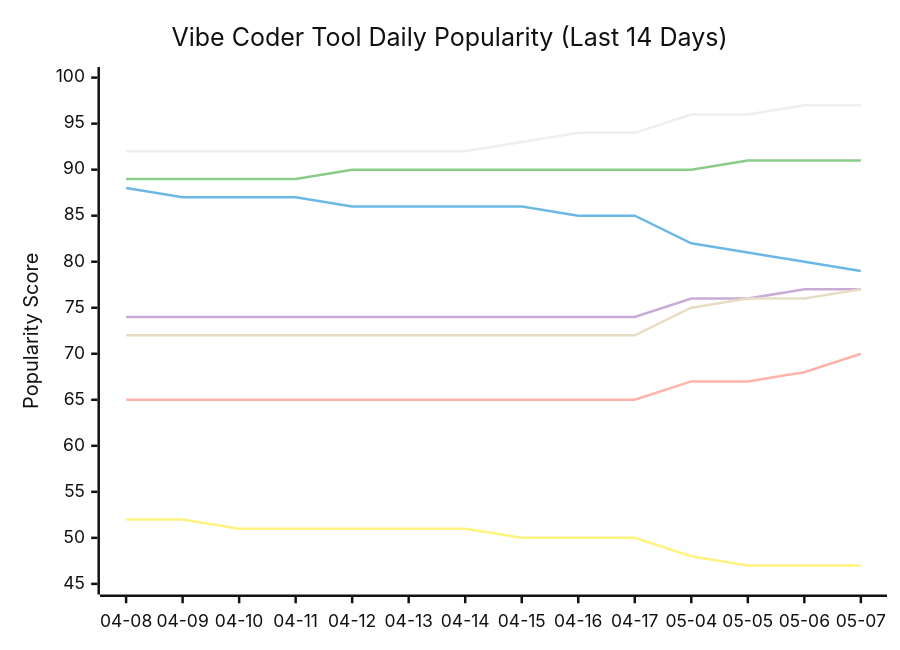
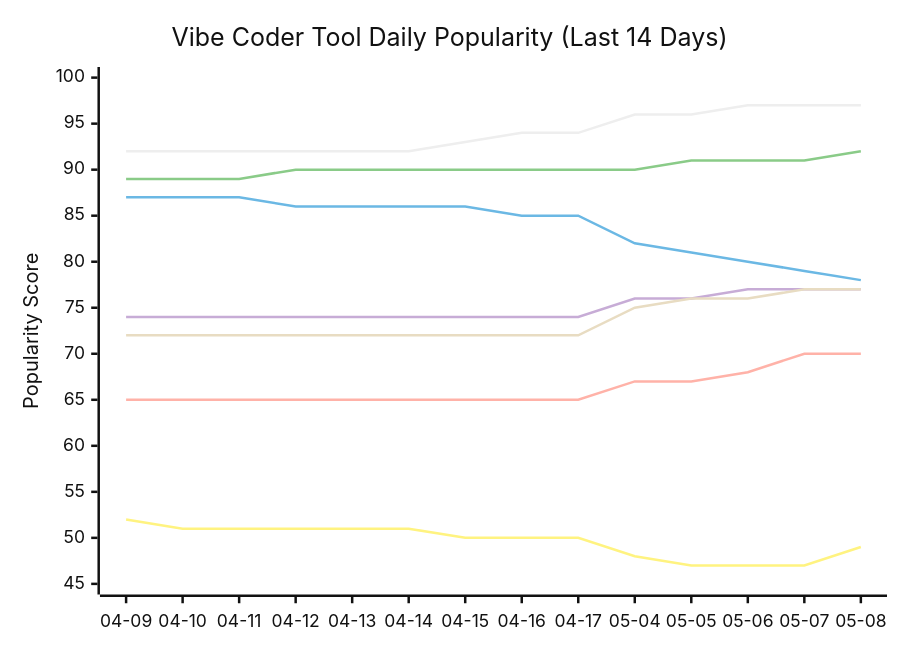
The seventh of 11 diagrams in README.md (tykimos/ai-whatchelin), drawn with Mermaid (neutral theme) before and after one commit. The commit also changed other lines of this file and 4 other files, not shown here.

````diff
--- a/README.md
+++ b/README.md
@@ -720,13 +720,13 @@
 ```mermaid
 xychart-beta
     title "Vibe Coder Tool Daily Popularity (Last 14 Days)"
-    x-axis ["04-08", "04-09", "04-10", "04-11", "04-12", "04-13", "04-14", "04-15", "04-16", "04-17", "05-04", "05-05", "05-06", "05-07"]
+    x-axis ["04-09", "04-10", "04-11", "04-12", "04-13", "04-14", "04-15", "04-16", "04-17", "05-04", "05-05", "05-06", "05-07", "05-08"]
     y-axis "Popularity Score" 45 --> 100
-    line "Claude Code" [92, 92, 92, 92, 92, 92, 92, 93, 94, 94, 96, 96, 97, 97]
-    line "GH Copilot" [88, 87, 87, 87, 86, 86, 86, 86, 85, 85, 82, 81, 80, 79]
-    line "Cursor" [89, 89, 89, 89, 90, 90, 90, 90, 90, 90, 90, 91, 91, 91]
-    line "Windsurf" [74, 74, 74, 74, 74, 74, 74, 74, 74, 74, 76, 76, 77, 77]
-    line "Codex CLI" [72, 72, 72, 72, 72, 72, 72, 72, 72, 72, 75, 76, 76, 77]
-    line "Gemini CLI" [65, 65, 65, 65, 65, 65, 65, 65, 65, 65, 67, 67, 68, 70]
-    line "Antigravity" [52, 52, 51, 51, 51, 51, 51, 50, 50, 50, 48, 47, 47, 47]
+    line "Claude Code" [92, 92, 92, 92, 92, 92, 93, 94, 94, 96, 96, 97, 97, 97]
+    line "GH Copilot" [87, 87, 87, 86, 86, 86, 86, 85, 85, 82, 81, 80, 79, 78]
+    line "Cursor" [89, 89, 89, 90, 90, 90, 90, 90, 90, 90, 91, 91, 91, 92]
+    line "Windsurf" [74, 74, 74, 74, 74, 74, 74, 74, 74, 76, 76, 77, 77, 77]
+    line "Codex CLI" [72, 72, 72, 72, 72, 72, 72, 72, 72, 75, 76, 76, 77, 77]
+    line "Gemini CLI" [65, 65, 65, 65, 65, 65, 65, 65, 65, 67, 67, 68, 70, 70]
+    line "Antigravity" [52, 51, 51, 51, 51, 51, 50, 50, 50, 48, 47, 47, 47, 49]
 ```
````
